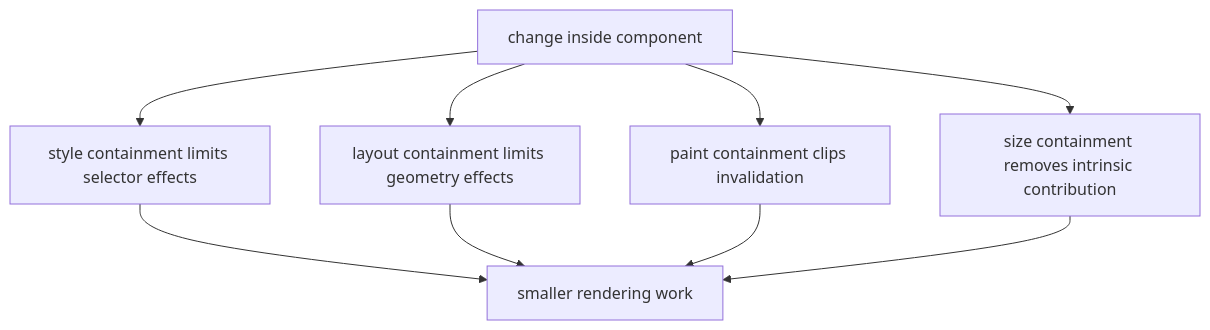
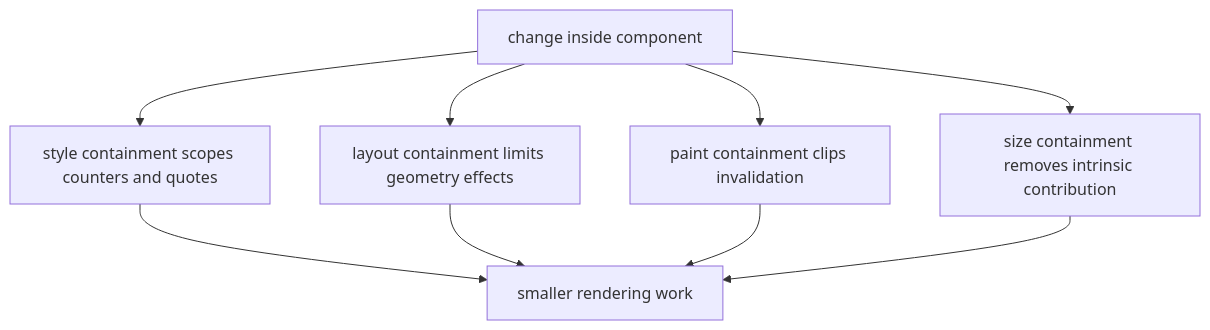
The diagram in content/post/css-containment.md (vabs/vabs.github.io), drawn with Mermaid before and after one commit. The commit also changed 87 other files, not shown here.

First line of the commit message:
Fix: Readable mermaid diagrams and fact-check blog posts

```diff
--- a/content/post/css-containment.md
+++ b/content/post/css-containment.md
@@ -12,11 +12,11 @@
 {{< mermaid >}}
 graph TD
-  Change["change inside component"] --> Style["style containment limits selector effects"]
+  Change["change inside component"] --> Style["style containment scopes counters and quotes"]
   Change --> Layout["layout containment limits geometry effects"]
   Change --> Paint["paint containment clips invalidation"]
   Change --> Size["size containment removes intrinsic contribution"]
   Style --> Faster["smaller rendering work"]
   Layout --> Faster
   Paint --> Faster
   Size --> Faster
 {{< /mermaid >}}
```
